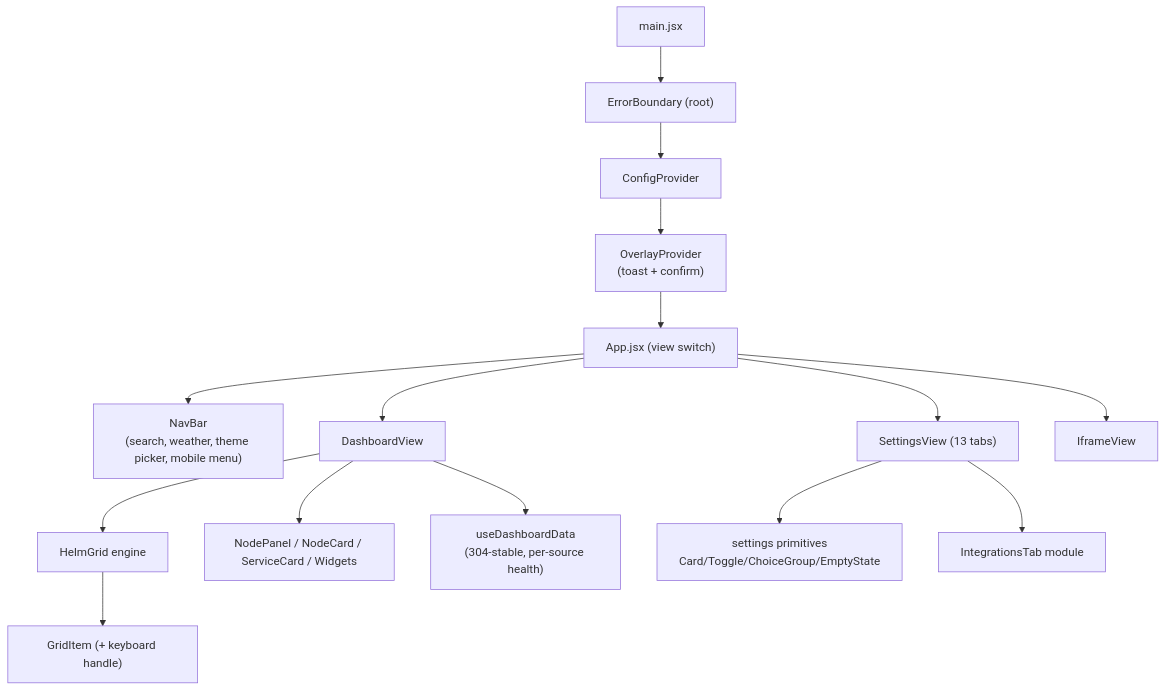
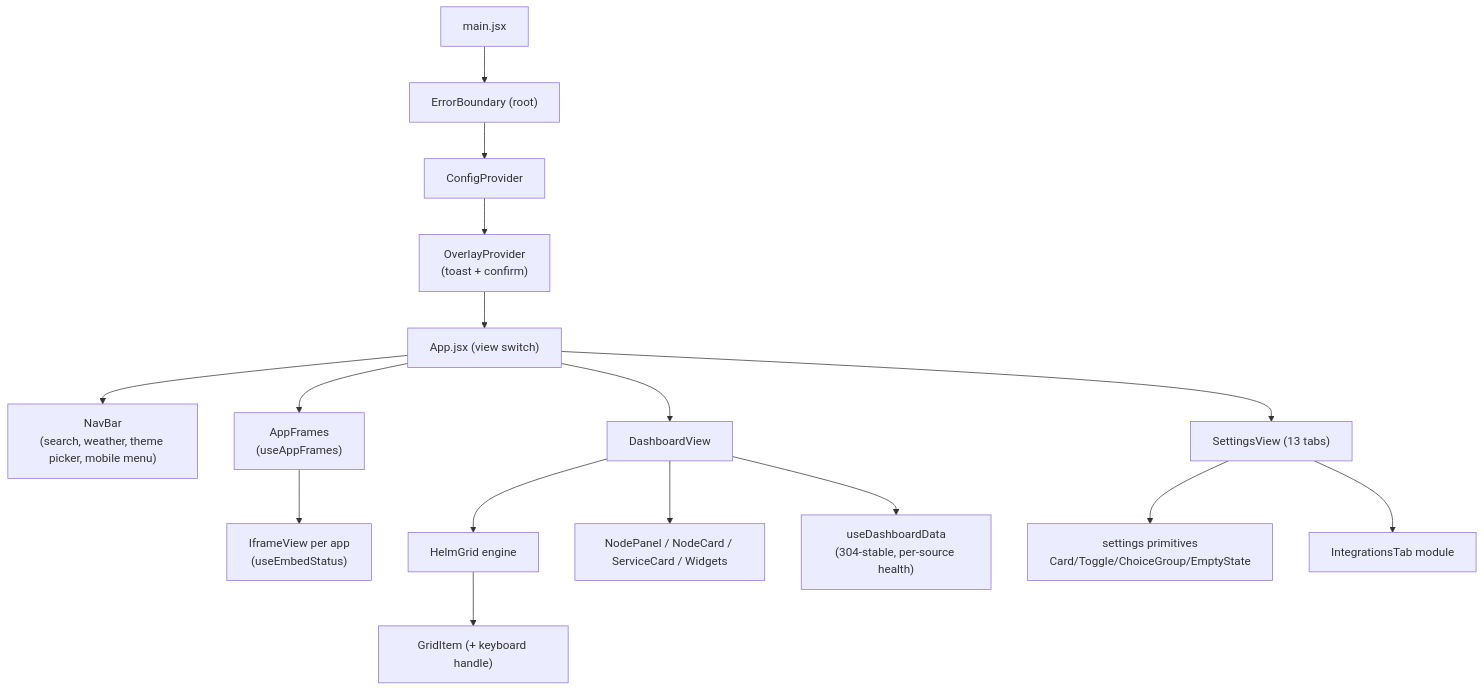
One commit to jagbhandal/jaghelm changed the fourth of 5 diagrams in docs/ARCHITECTURE.md. Above: the diagram before and after it, drawn with Mermaid. The commit also changed other lines of this file and 15 other files, not shown here.

````diff
--- a/docs/ARCHITECTURE.md
+++ b/docs/ARCHITECTURE.md
@@ -656,17 +663,18 @@
 ```mermaid
 flowchart TD
   MAIN["main.jsx"] --> EB["ErrorBoundary (root)"]
   EB --> CP["ConfigProvider"]
   CP --> OP["OverlayProvider<br/>(toast + confirm)"]
   OP --> APP["App.jsx (view switch)"]
   APP --> NAV["NavBar<br/>(search, weather, theme picker, mobile menu)"]
   APP --> DV["DashboardView"]
   APP --> SV["SettingsView (13 tabs)"]
-  APP --> IV["IframeView"]
+  APP --> AF["AppFrames<br/>(useAppFrames)"]
+  AF --> IV["IframeView per app<br/>(useEmbedStatus)"]
   DV --> HG["HelmGrid engine"]
   HG --> GI["GridItem (+ keyboard handle)"]
   DV --> NP["NodePanel / NodeCard / ServiceCard / Widgets"]
   DV --> UDD["useDashboardData<br/>(304-stable, per-source health)"]
   SV --> PRIM["settings primitives<br/>Card/Toggle/ChoiceGroup/EmptyState"]
   SV --> ITAB["IntegrationsTab module"]
 ```
````
